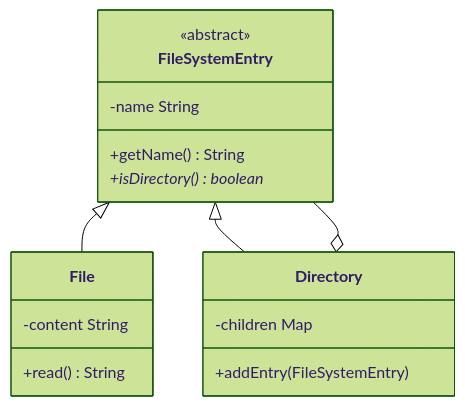
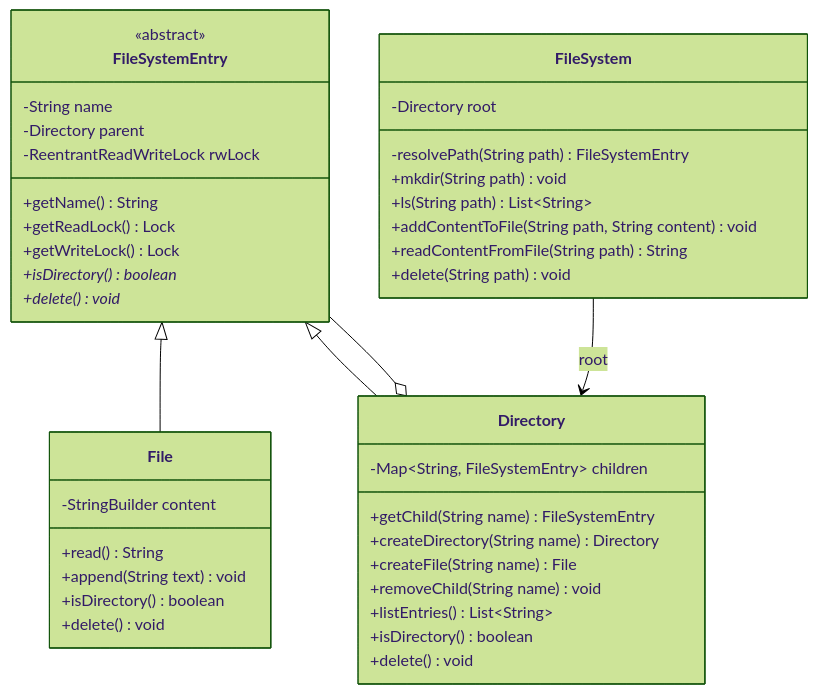
The first of 2 diagrams in low-level-design/concepts/25-in-memory-filesystem-design.md (gp330841/interview), drawn with Mermaid (forest theme) before and after one commit. The commit also changed other lines of this file and 66 other files, not shown here.

````diff
--- a/low-level-design/concepts/25-in-memory-filesystem-design.md
+++ b/low-level-design/concepts/25-in-memory-filesystem-design.md
@@ -19,20 +31,48 @@
 ```mermaid
 classDiagram
+    class FileSystemEntry {
+        <<abstract>>
+        -String name
+        -Directory parent
+        -ReentrantReadWriteLock rwLock
+        +getName() String
+        +getReadLock() Lock
+        +getWriteLock() Lock
+        +isDirectory()* boolean
+        +delete()* void
+    }
+
+    class File {
+        -StringBuilder content
+        +read() String
+        +append(String text) void
+        +isDirectory() boolean
+        +delete() void
+    }
+
+    class Directory {
+        -Map~String, FileSystemEntry~ children
+        +getChild(String name) FileSystemEntry
+        +createDirectory(String name) Directory
+        +createFile(String name) File
+        +removeChild(String name) void
+        +listEntries() List~String~
+        +isDirectory() boolean
+        +delete() void
+    }
+
+    class FileSystem {
+        -Directory root
+        -resolvePath(String path) FileSystemEntry
+        +mkdir(String path) void
+        +ls(String path) List~String~
+        +addContentToFile(String path, String content) void
+        +readContentFromFile(String path) String
+        +delete(String path) void
+    }
+
     FileSystemEntry <|-- File
     FileSystemEntry <|-- Directory
     Directory o-- FileSystemEntry
-    class FileSystemEntry {
-        <<abstract>>
-        -name String
-        +getName() String
-        +isDirectory()* boolean
-    }
-    class File {
-        -content String
-        +read() String
-    }
-    class Directory {
-        -children Map
-        +addEntry(FileSystemEntry)
-    }
+    FileSystem --> Directory : root
 ```
````
